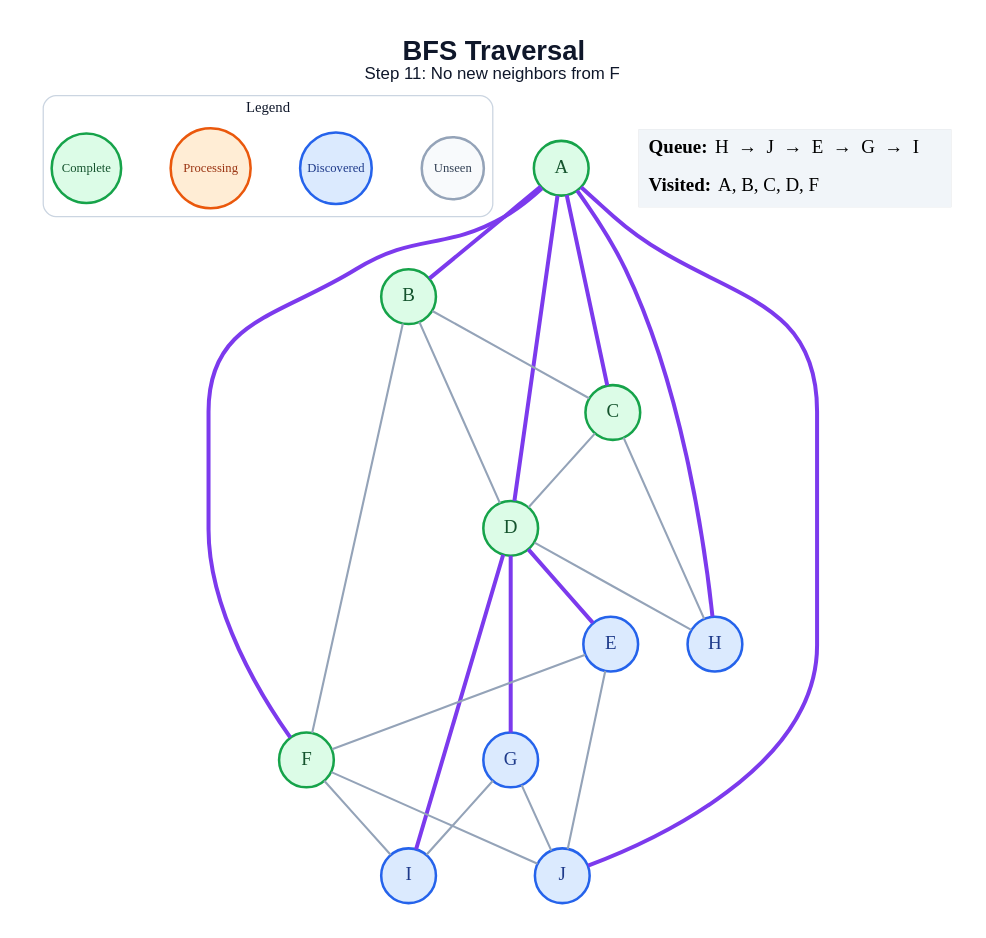
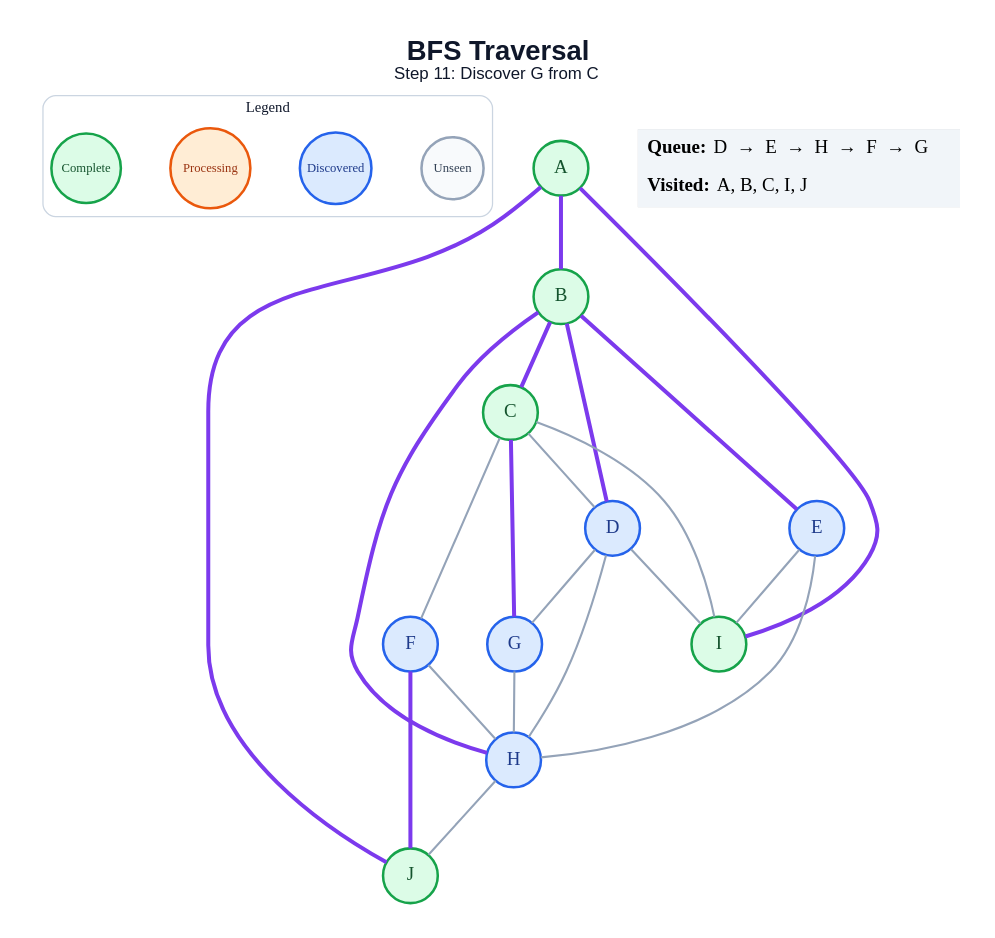
One commit to amanghodawala9/ai-slop changed the diagram in generated/bfs/step_11.dot. Above: the diagram before and after it, drawn with Graphviz. The commit also changed 178 other files, not shown here.

```diff
--- a/generated/bfs/step_11.dot
+++ b/generated/bfs/step_11.dot
@@ -1,50 +1,49 @@
 graph traversal {
   graph [layout=dot, rankdir=TB, bgcolor="#FFFFFF", pad="0.35", nodesep="0.65", ranksep="0.8", fontname="Arial"];
   node [shape=circle, style="filled", fontname="Arial Bold", fontsize=18, width=0.72, fixedsize=true, penwidth=2.4];
   edge [color="#94A3B8", penwidth=2.0];
-  label=<<B>BFS Traversal</B><BR/><FONT POINT-SIZE="16">Step 11: No new neighbors from F</FONT>>; labelloc="t"; fontsize=26; fontname="Arial"; fontcolor="#0F172A";
+  label=<<B>BFS Traversal</B><BR/><FONT POINT-SIZE="16">Step 11: Discover G from C</FONT>>; labelloc="t"; fontsize=26; fontname="Arial"; fontcolor="#0F172A";
   subgraph cluster_legend { label="Legend"; color="#CBD5E1"; penwidth=1.2; style="rounded"; fontsize=14; fontname="Arial Bold";
     key_unseen [label="Unseen", fillcolor="#F8FAFC", color="#94A3B8", fontcolor="#334155", fontsize=12, width=0.82];
     key_frontier [label="Discovered", fillcolor="#DBEAFE", color="#2563EB", fontcolor="#1E3A8A", fontsize=12, width=0.95];
     key_current [label="Processing", fillcolor="#FFEDD5", color="#EA580C", fontcolor="#9A3412", fontsize=12, width=1.05];
     key_done [label="Complete", fillcolor="#DCFCE7", color="#16A34A", fontcolor="#14532D", fontsize=12, width=0.92];
     { rank=same; key_unseen; key_frontier; key_current; key_done; }
   }
   A [fillcolor="#DCFCE7", color="#16A34A", fontcolor="#14532D"];
   B [fillcolor="#DCFCE7", color="#16A34A", fontcolor="#14532D"];
   C [fillcolor="#DCFCE7", color="#16A34A", fontcolor="#14532D"];
-  D [fillcolor="#DCFCE7", color="#16A34A", fontcolor="#14532D"];
+  D [fillcolor="#DBEAFE", color="#2563EB", fontcolor="#1E3A8A"];
   E [fillcolor="#DBEAFE", color="#2563EB", fontcolor="#1E3A8A"];
-  F [fillcolor="#DCFCE7", color="#16A34A", fontcolor="#14532D"];
+  F [fillcolor="#DBEAFE", color="#2563EB", fontcolor="#1E3A8A"];
   G [fillcolor="#DBEAFE", color="#2563EB", fontcolor="#1E3A8A"];
   H [fillcolor="#DBEAFE", color="#2563EB", fontcolor="#1E3A8A"];
-  I [fillcolor="#DBEAFE", color="#2563EB", fontcolor="#1E3A8A"];
-  J [fillcolor="#DBEAFE", color="#2563EB", fontcolor="#1E3A8A"];
+  I [fillcolor="#DCFCE7", color="#16A34A", fontcolor="#14532D"];
+  J [fillcolor="#DCFCE7", color="#16A34A", fontcolor="#14532D"];
   A -- B [color="#7C3AED", penwidth=3.8];
-  A -- C [color="#7C3AED", penwidth=3.8];
-  A -- D [color="#7C3AED", penwidth=3.8];
-  A -- F [color="#7C3AED", penwidth=3.8];
-  A -- H [color="#7C3AED", penwidth=3.8];
+  A -- I [color="#7C3AED", penwidth=3.8];
   A -- J [color="#7C3AED", penwidth=3.8];
-  B -- C;
-  B -- D;
-  B -- F;
+  B -- C [color="#7C3AED", penwidth=3.8];
+  B -- D [color="#7C3AED", penwidth=3.8];
+  B -- E [color="#7C3AED", penwidth=3.8];
+  B -- H [color="#7C3AED", penwidth=3.8];
   C -- D;
-  C -- H;
-  D -- E [color="#7C3AED", penwidth=3.8];
-  D -- G [color="#7C3AED", penwidth=3.8];
+  C -- F;
+  C -- G [color="#7C3AED", penwidth=3.8];
+  C -- I;
+  D -- G;
   D -- H;
-  D -- I [color="#7C3AED", penwidth=3.8];
-  E -- F;
-  E -- J;
-  F -- I;
-  F -- J;
-  G -- I;
-  G -- J;
+  D -- I;
+  E -- H;
+  E -- I;
+  F -- H;
+  F -- J [color="#7C3AED", penwidth=3.8];
+  G -- H;
+  H -- J;
   status [shape=plain, fixedsize=false, width=0, height=0, margin=0, label=<
     <TABLE BORDER="0" CELLBORDER="0" CELLPADDING="7" BGCOLOR="#F1F5F9">
-      <TR><TD ALIGN="LEFT"><B>Queue:</B> H  →  J  →  E  →  G  →  I</TD></TR>
-      <TR><TD ALIGN="LEFT"><B>Visited:</B> A, B, C, D, F</TD></TR>
+      <TR><TD ALIGN="LEFT"><B>Queue:</B> D  →  E  →  H  →  F  →  G</TD></TR>
+      <TR><TD ALIGN="LEFT"><B>Visited:</B> A, B, C, I, J</TD></TR>
     </TABLE>
   >];
 }
```
